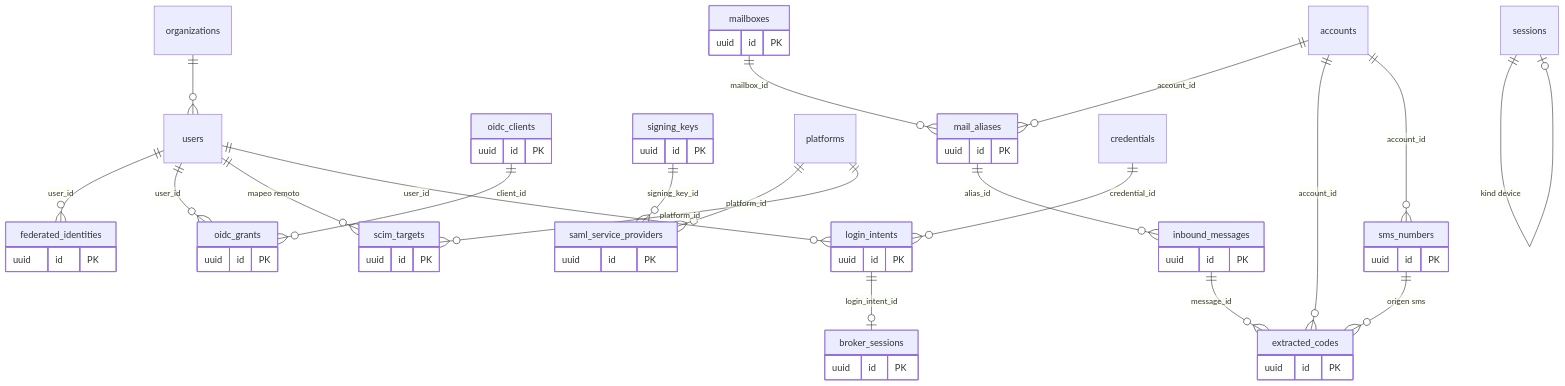
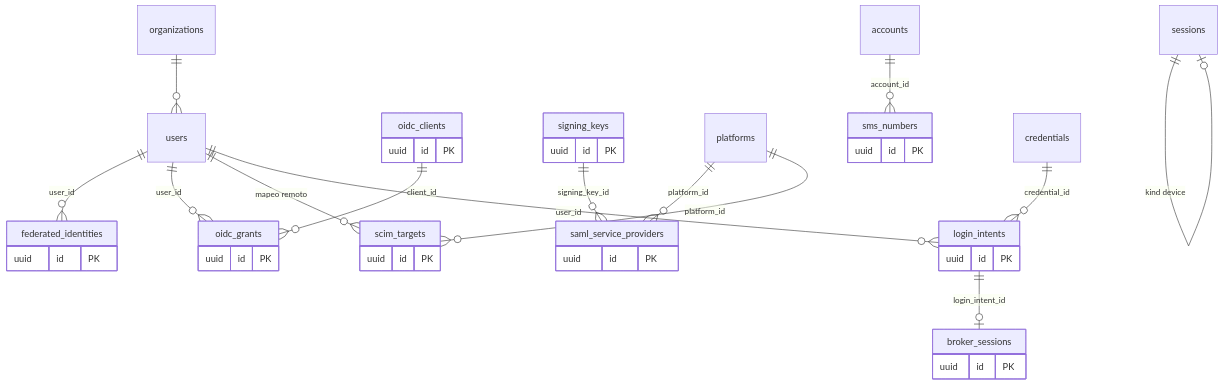
Before and after one commit to OJoshuaCG/compass: the seventh of 7 diagrams in docs/database.md, drawn with Mermaid. The commit also changed other lines of this file and 2 other files, not shown here.

````diff
--- a/docs/database.md
+++ b/docs/database.md
@@ -706,36 +746,26 @@
 ```mermaid
 erDiagram
   organizations ||--o{ users : ""
   users ||--o{ federated_identities : "user_id"
   users ||--o{ oidc_grants : "user_id"
   oidc_clients ||--o{ oidc_grants : "client_id"
   signing_keys ||--o{ saml_service_providers : "signing_key_id"
   platforms ||--o{ saml_service_providers : "platform_id"
   platforms ||--o{ scim_targets : "platform_id"
   users ||--o{ scim_targets : "mapeo remoto"
-  mailboxes ||--o{ mail_aliases : "mailbox_id"
-  accounts ||--o{ mail_aliases : "account_id"
-  mail_aliases ||--o{ inbound_messages : "alias_id"
-  inbound_messages ||--o{ extracted_codes : "message_id"
-  accounts ||--o{ extracted_codes : "account_id"
   accounts ||--o{ sms_numbers : "account_id"
-  sms_numbers ||--o{ extracted_codes : "origen sms"
   credentials ||--o{ login_intents : "credential_id"
   users ||--o{ login_intents : "user_id"
   login_intents ||--o| broker_sessions : "login_intent_id"
   sessions ||--o| sessions : "kind device"
 
   oidc_clients { uuid id PK }
   oidc_grants { uuid id PK }
   signing_keys { uuid id PK }
   saml_service_providers { uuid id PK }
   scim_targets { uuid id PK }
   federated_identities { uuid id PK }
-  mailboxes { uuid id PK }
-  mail_aliases { uuid id PK }
-  inbound_messages { uuid id PK }
-  extracted_codes { uuid id PK }
   sms_numbers { uuid id PK }
   login_intents { uuid id PK }
   broker_sessions { uuid id PK }
 ```
````
